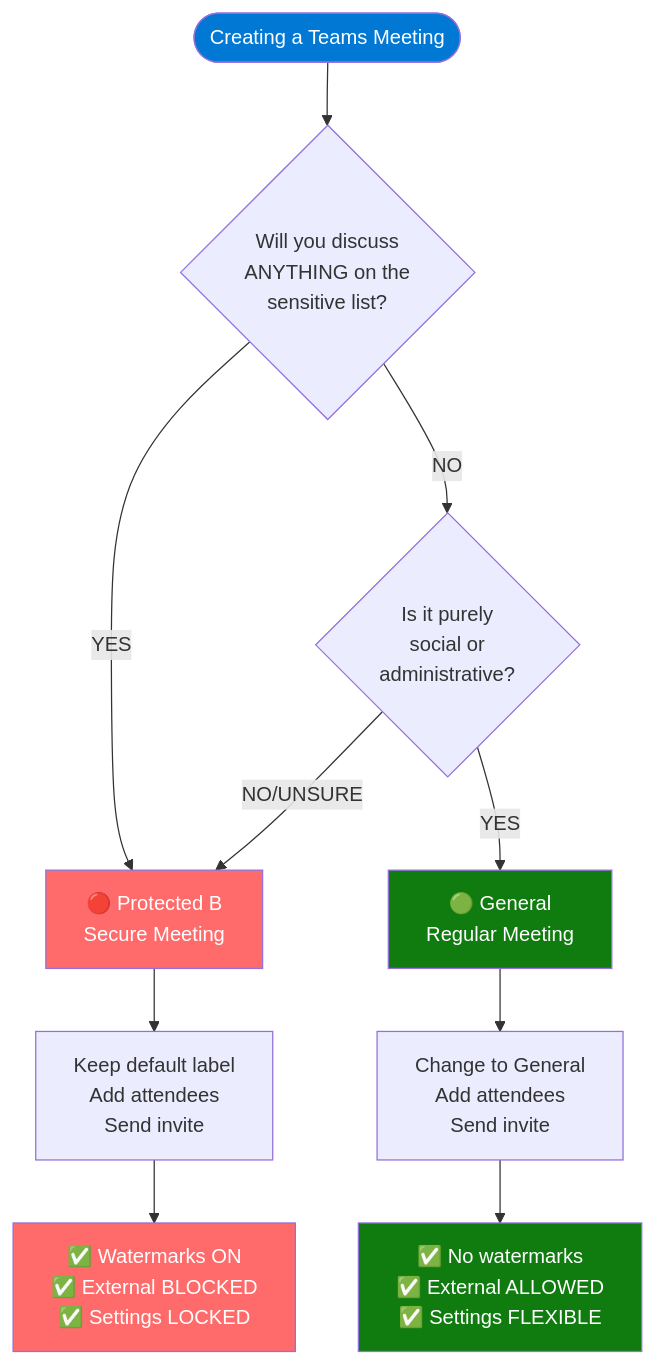
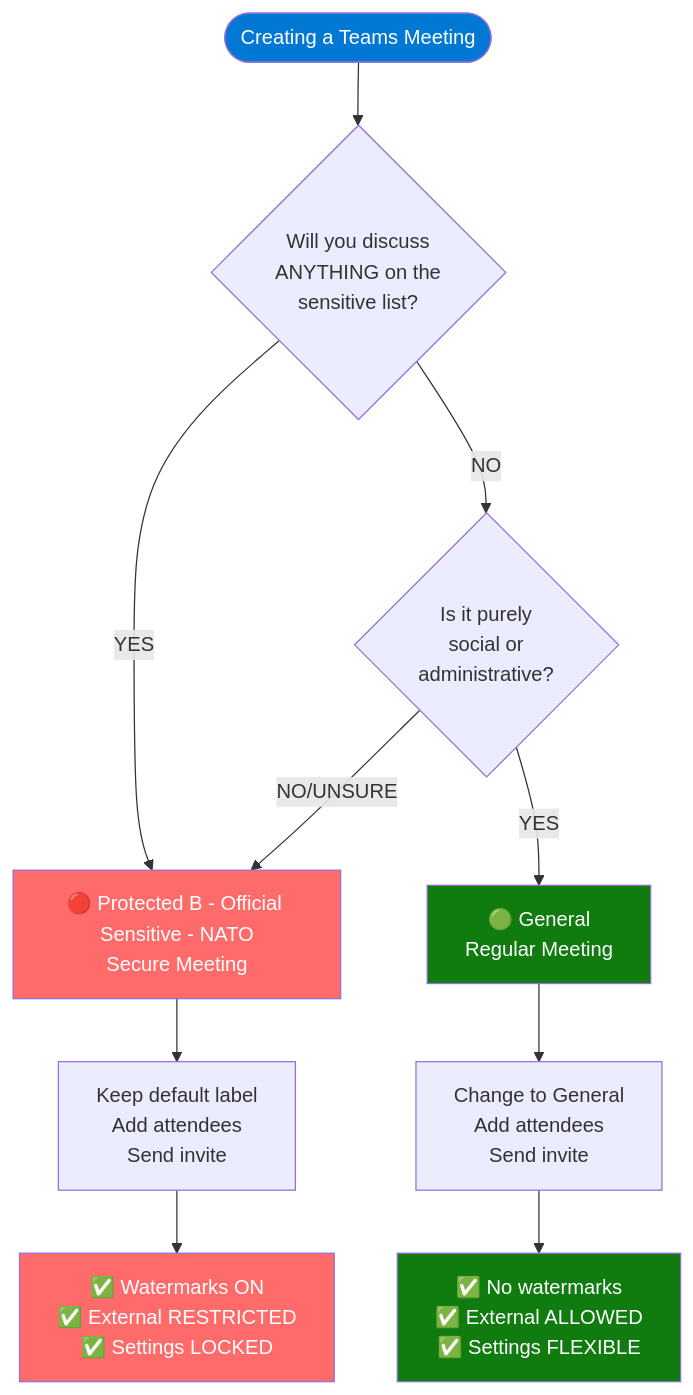
Before and after one commit to Cloudstrucc/Public: the first of 4 diagrams in docs/Teams/latest/package/DECISION-TREE-VISUAL-GUIDE.md, drawn with Mermaid. The commit also changed other lines of this file and 2 other files, not shown here.

````diff
--- a/docs/Teams/latest/package/DECISION-TREE-VISUAL-GUIDE.md
+++ b/docs/Teams/latest/package/DECISION-TREE-VISUAL-GUIDE.md
@@ -8,22 +26,22 @@
 ```mermaid
 flowchart TD
     Start([Creating a Teams Meeting]) --> Q1{Will you discuss<br/>ANYTHING on the<br/>sensitive list?}
     
-    Q1 -->|YES| Secure[🔴 Protected B<br/>Secure Meeting]
+    Q1 -->|YES| Secure[🔴 Protected B - Official Sensitive - NATO<br/>Secure Meeting]
     Q1 -->|NO| Q2{Is it purely<br/>social or<br/>administrative?}
     
     Q2 -->|YES| Regular[🟢 General<br/>Regular Meeting]
     Q2 -->|NO/UNSURE| Secure
     
     Secure --> Action1[Keep default label<br/>Add attendees<br/>Send invite]
     Regular --> Action2[Change to General<br/>Add attendees<br/>Send invite]
     
-    Action1 --> Result1[✅ Watermarks ON<br/>✅ External BLOCKED<br/>✅ Settings LOCKED]
+    Action1 --> Result1[✅ Watermarks ON<br/>✅ External RESTRICTED<br/>✅ Settings LOCKED]
     Action2 --> Result2[✅ No watermarks<br/>✅ External ALLOWED<br/>✅ Settings FLEXIBLE]
     
     style Start fill:#0078d4,color:#fff
     style Secure fill:#ff6b6b,color:#fff
     style Regular fill:#107c10,color:#fff
     style Result1 fill:#ff6b6b,color:#fff
     style Result2 fill:#107c10,color:#fff
 ```
````
